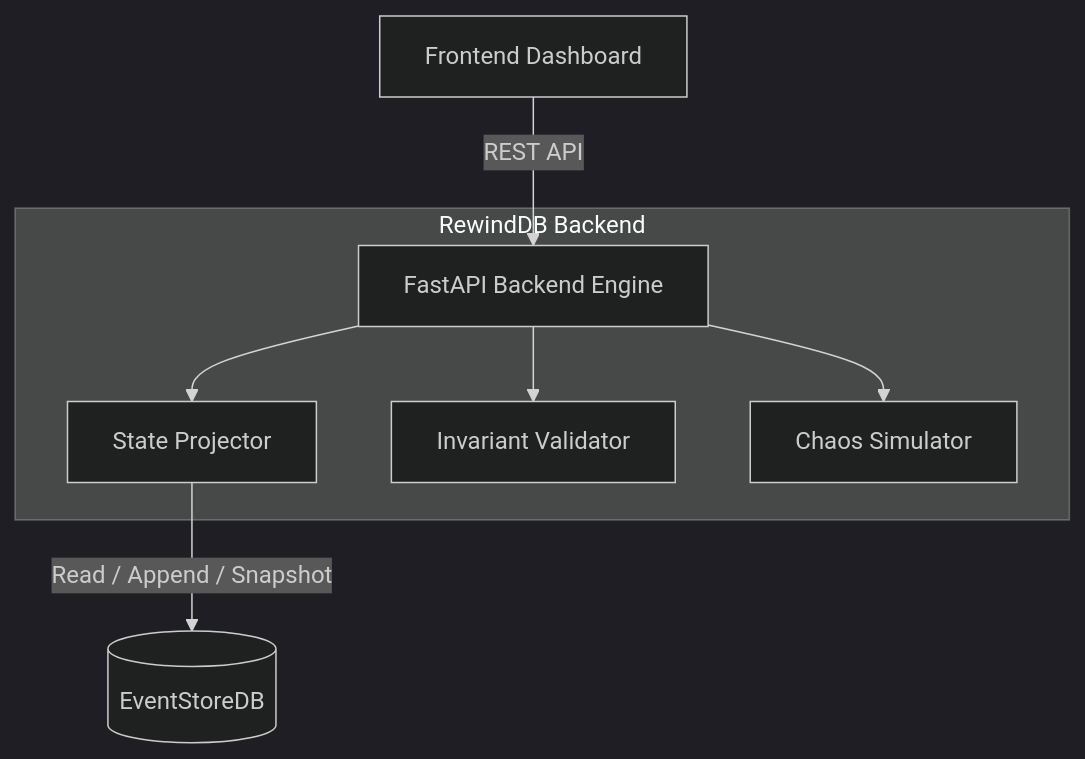
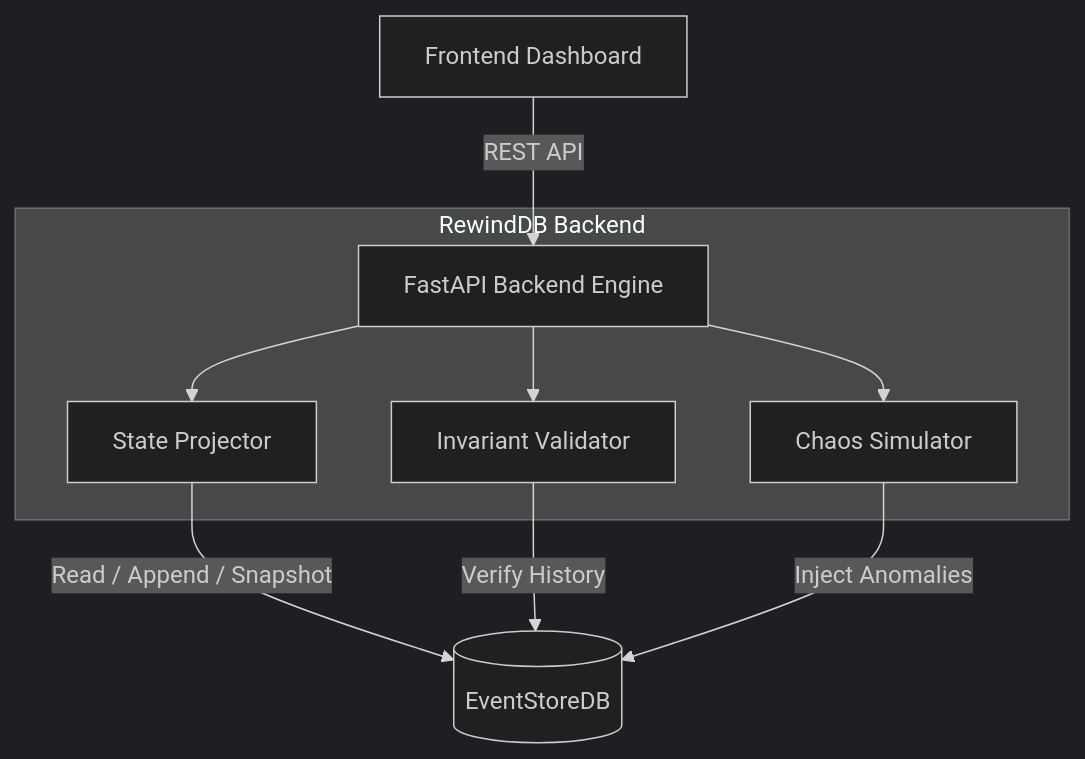
The diagram in README.md (Kingleo007/rewind-db), drawn with Mermaid (dark theme) before and after one commit.

Commit message:
docs: update architecture diagram so all backend components connect to ESDB

````diff
--- a/README.md
+++ b/README.md
@@ -45,12 +45,14 @@
 ```mermaid
 graph TD
     UI[Frontend Dashboard] -->|REST API| API[FastAPI Backend Engine]
     
     subgraph Engine [RewindDB Backend]
         API --> Projector[State Projector]
         API --> Validator[Invariant Validator]
         API --> Sim[Chaos Simulator]
     end
     
     Projector -->|Read / Append / Snapshot| ESDB[(EventStoreDB)]
+    Validator -->|Verify History| ESDB
+    Sim -->|Inject Anomalies| ESDB
 ```
````
